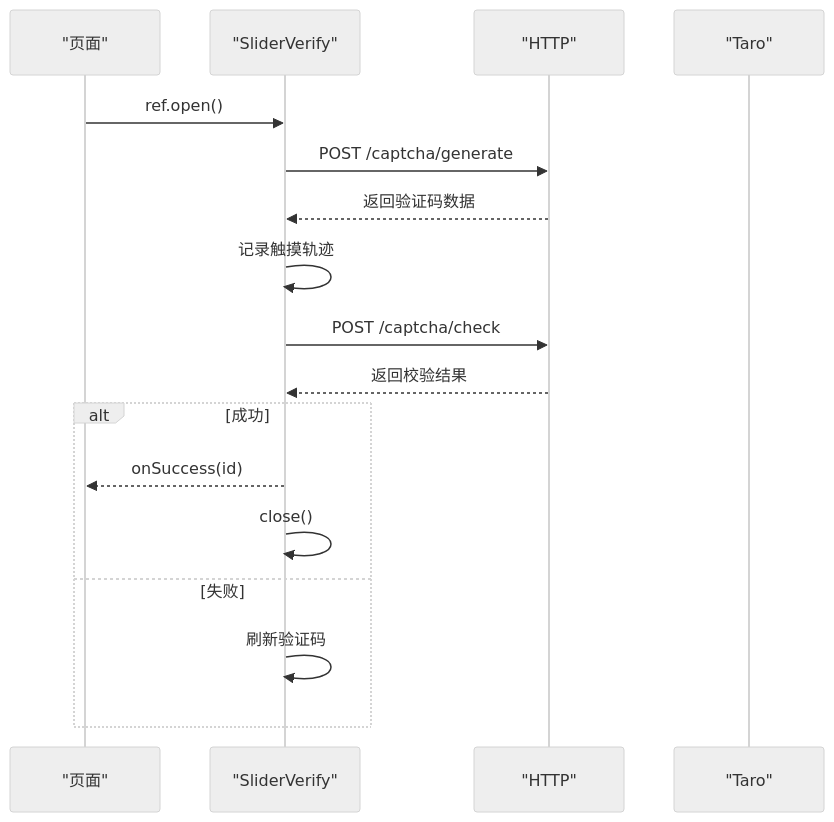
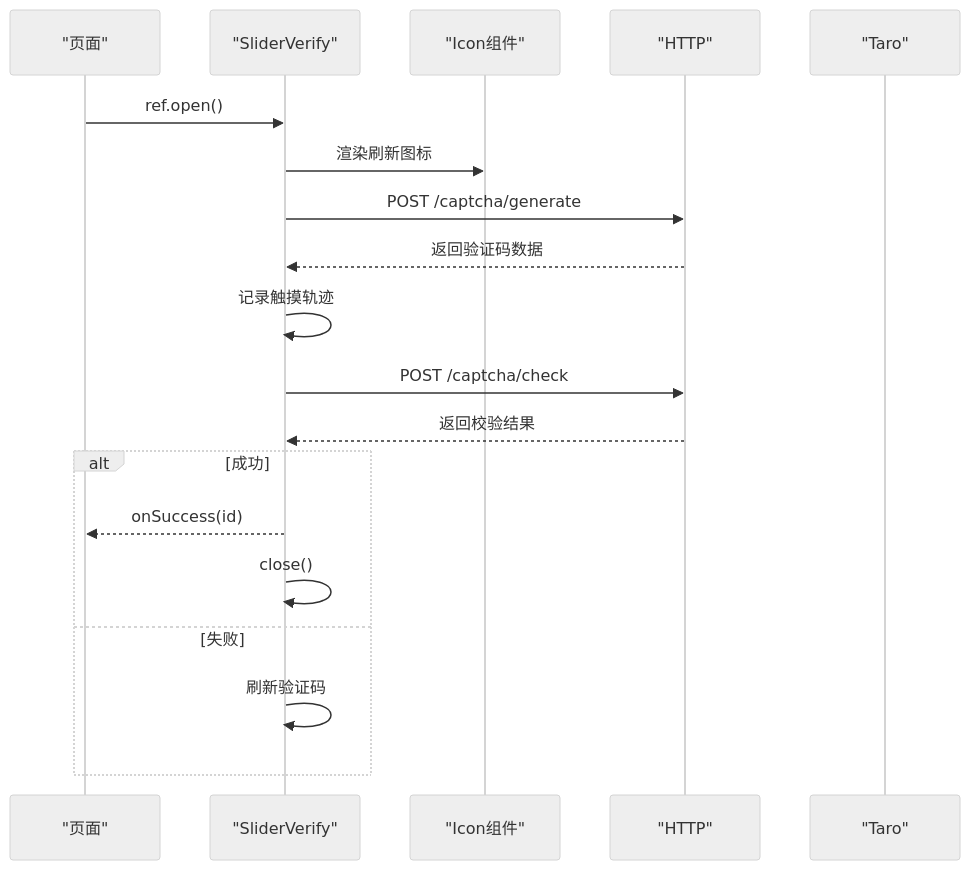
The fifth of 6 diagrams in .qoder/repowiki/zh/content/UI组件库/UI组件库.md (zuolinbao/redbook), drawn with Mermaid (neutral theme) before and after one commit. The commit also changed other lines of this file and 7 other files, not shown here.

````diff
--- a/.qoder/repowiki/zh/content/UI组件库/UI组件库.md
+++ b/.qoder/repowiki/zh/content/UI组件库/UI组件库.md
@@ -248,19 +263,21 @@
 ```mermaid
 sequenceDiagram
 participant P as "页面"
 participant SV as "SliderVerify"
+participant I as "Icon组件"
 participant H as "HTTP"
 participant T as "Taro"
 P->>SV : ref.open()
+SV->>I : 渲染刷新图标
 SV->>H : POST /captcha/generate
 H-->>SV : 返回验证码数据
 SV->>SV : 记录触摸轨迹
 SV->>H : POST /captcha/check
 H-->>SV : 返回校验结果
 alt 成功
 SV-->>P : onSuccess(id)
 SV->>SV : close()
 else 失败
 SV->>SV : 刷新验证码
 end
 ```
````
